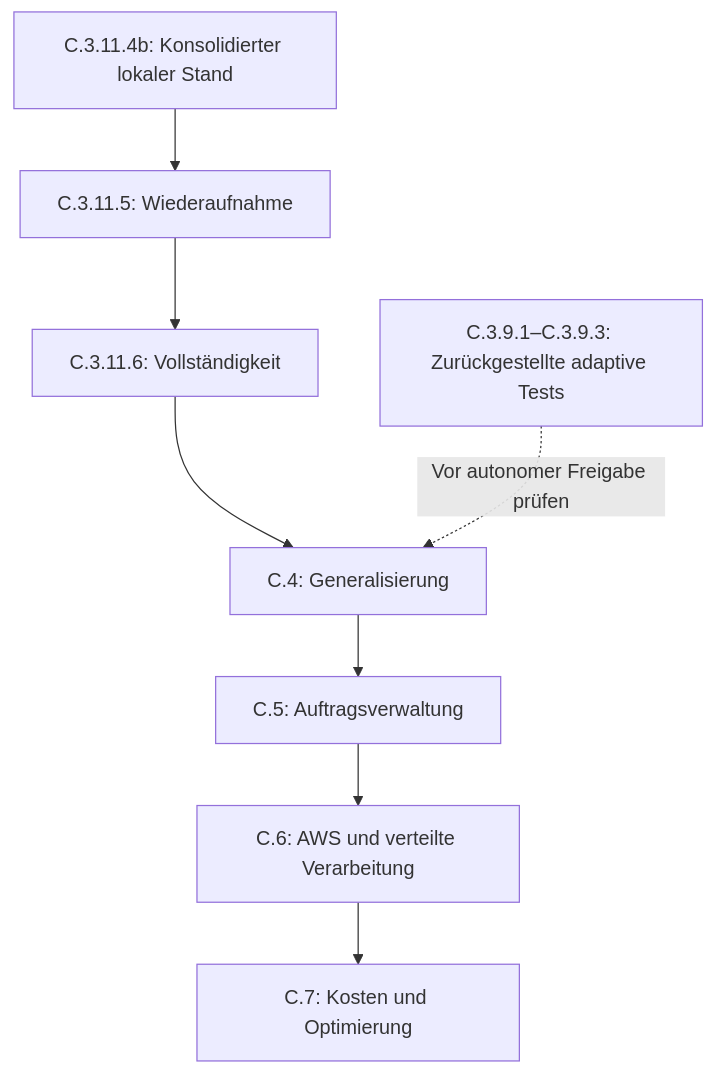
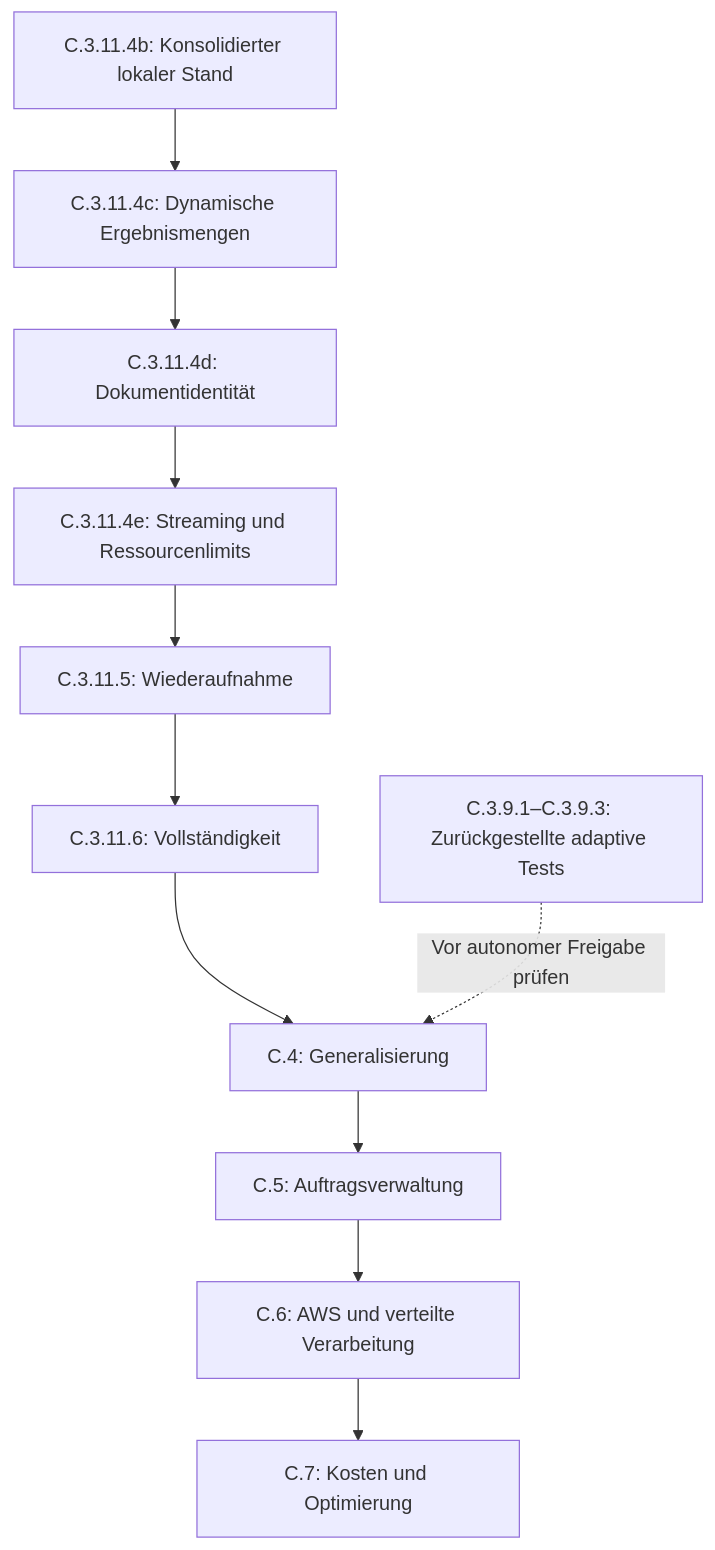
One commit to ermiS16/KI_Crawler changed the third of 3 diagrams in README.md. Above: the diagram before and after it, drawn with Mermaid. The commit also changed other lines of this file, not shown here.

````diff
--- a/README.md
+++ b/README.md
@@ -865,10 +1008,13 @@
 ```mermaid
 flowchart TD
-    A[C.3.11.4b: Konsolidierter lokaler Stand] --> B[C.3.11.5: Wiederaufnahme]
+    A[C.3.11.4b: Konsolidierter lokaler Stand] --> I[C.3.11.4c: Dynamische Ergebnismengen]
+    I --> J[C.3.11.4d: Dokumentidentität]
+    J --> K[C.3.11.4e: Streaming und Ressourcenlimits]
+    K --> B[C.3.11.5: Wiederaufnahme]
     B --> C[C.3.11.6: Vollständigkeit]
     C --> D[C.4: Generalisierung]
     D --> E[C.5: Auftragsverwaltung]
     E --> F[C.6: AWS und verteilte Verarbeitung]
     F --> G[C.7: Kosten und Optimierung]
     H[C.3.9.1–C.3.9.3: Zurückgestellte adaptive Tests] -. Vor autonomer Freigabe prüfen .-> D
 ```
````
